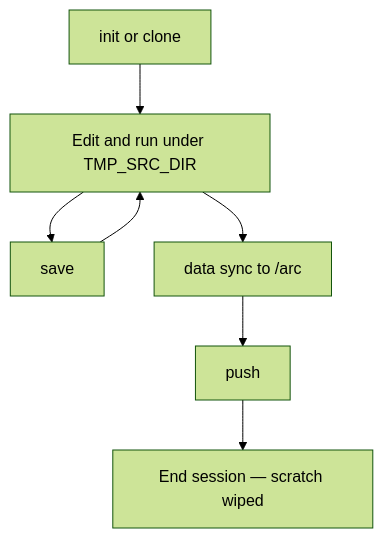
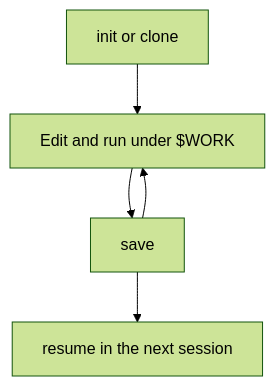
One commit to astroai/astroai-lab changed the second of 2 diagrams in docs/USAGE.md. Above: the diagram before and after it, drawn with Mermaid (forest theme). The commit also changed other lines of this file and 92 other files, not shown here.

````diff
--- a/docs/USAGE.md
+++ b/docs/USAGE.md
@@ -116,9 +112,7 @@
 ```mermaid
 flowchart TD
-  I[init or clone] --> W[Edit and run under TMP_SRC_DIR]
+  I[init or clone] --> W[Edit and run under $WORK]
   W --> S[save]
   S --> W
-  W --> D[data sync to /arc]
-  D --> P[push]
-  P --> X[End session — scratch wiped]
+  S --> R[resume in the next session]
 ```
````
